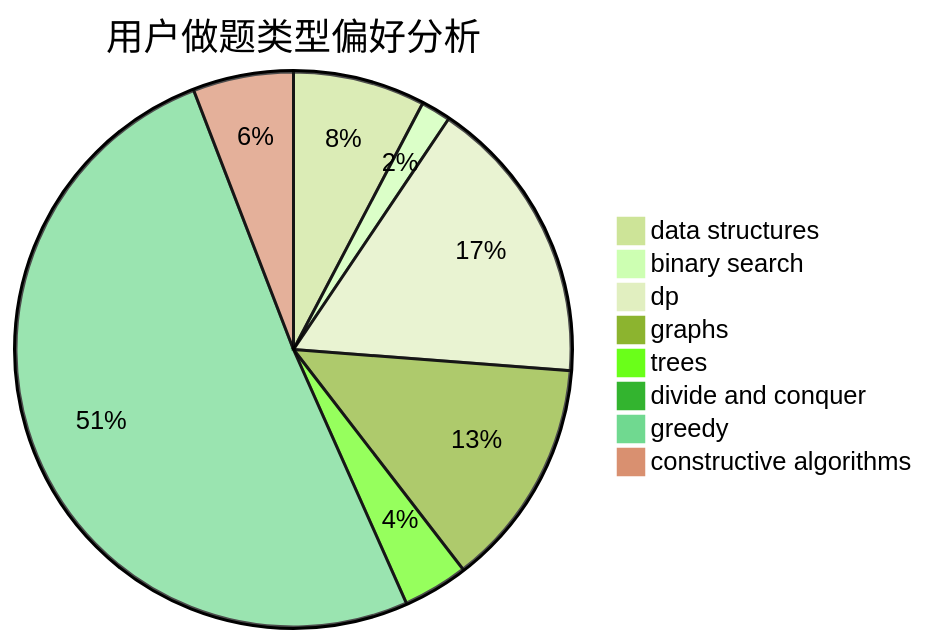
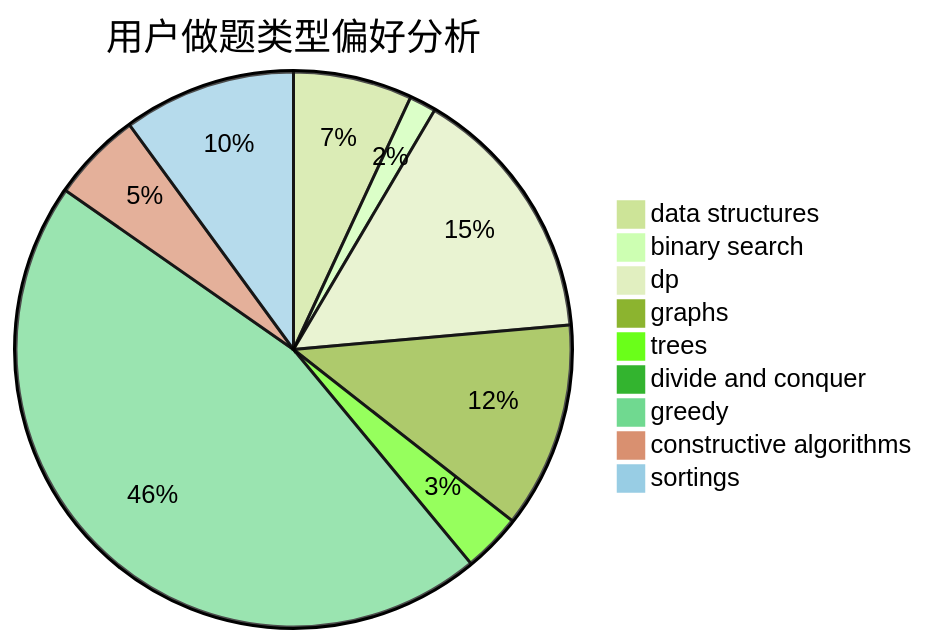
Before and after one commit to sherpahu/cfrs.github.io: the second of 3 diagrams in docs/user/u2283.md, drawn with Mermaid (forest theme). The commit also changed other lines of this file and 2769 other files, not shown here.

````diff
--- a/docs/user/u2283.md
+++ b/docs/user/u2283.md
@@ -23,11 +18,12 @@
 ```mermaid
 pie title 用户做题类型偏好分析
     "data structures" :  71
     "binary search" :  16
     "dp" :  155
     "graphs" :  123
     "trees" :  35
     "divide and conquer" :  2
     "greedy" :  469
     "constructive algorithms" :  54
+    "sortings" :  103
 ```
````
